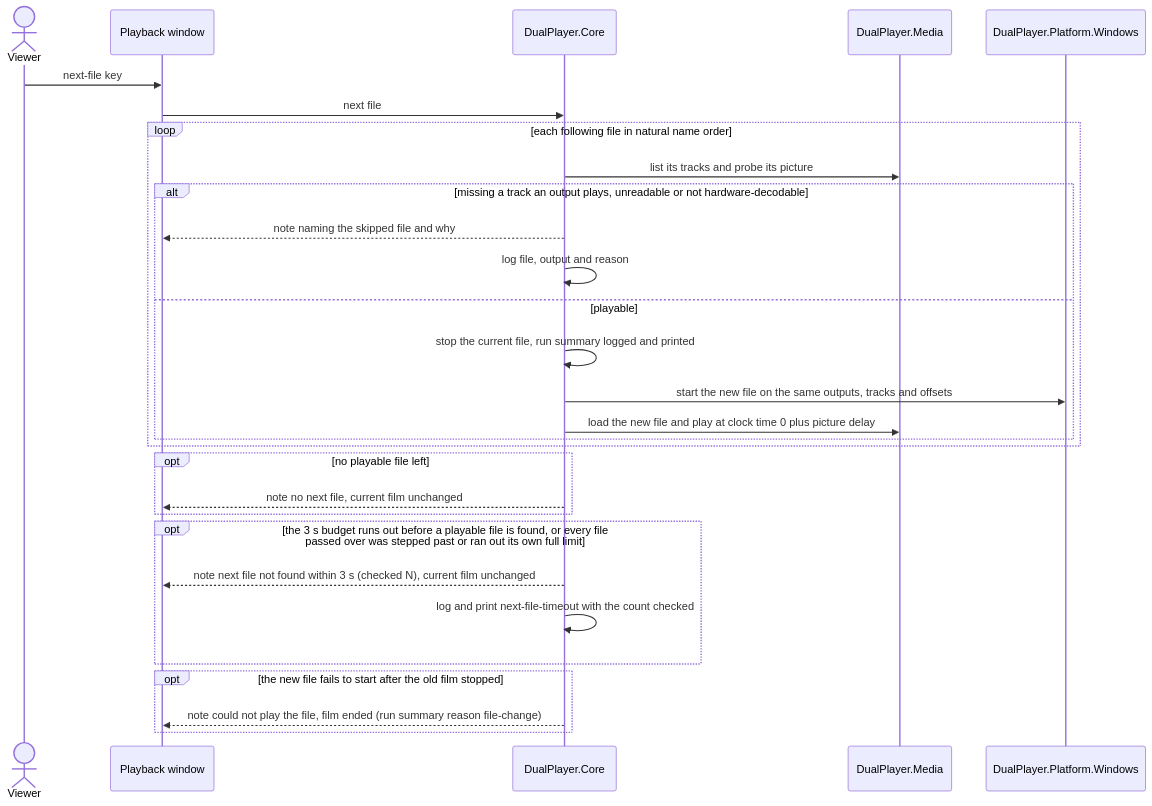
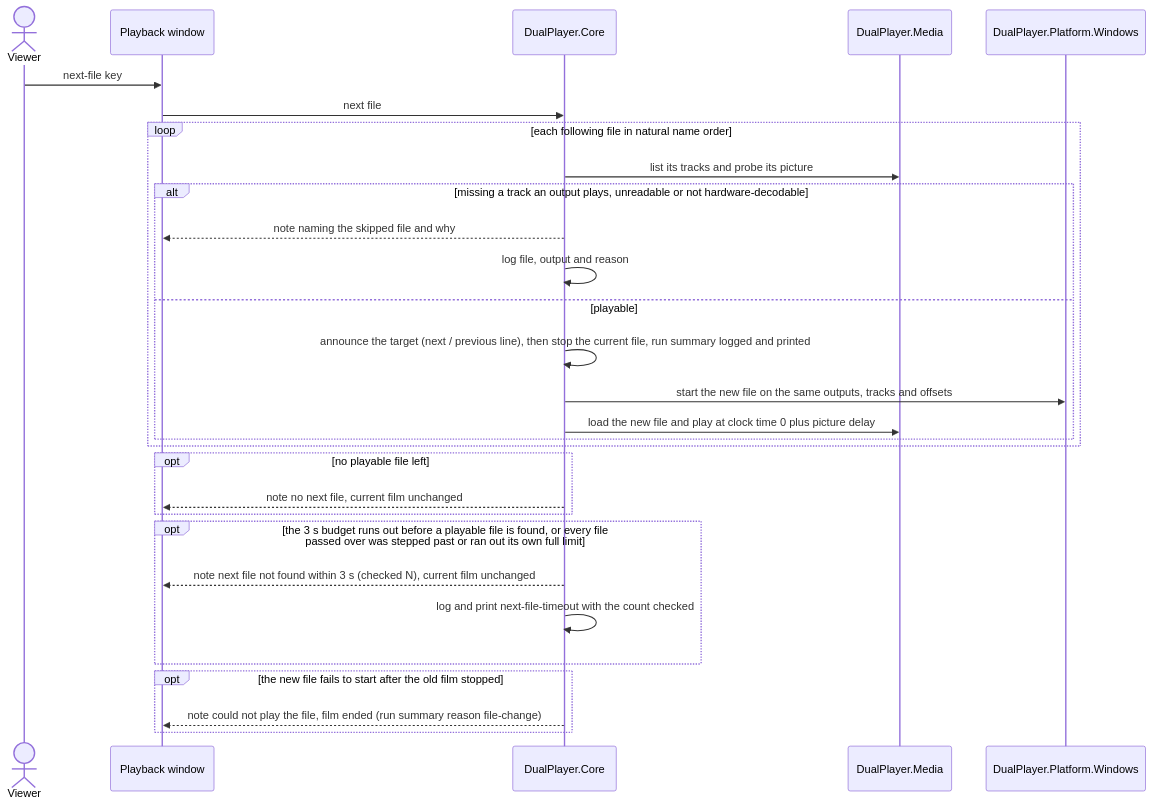
Before and after one commit to PulsarV/DualPlayer: the fifth of 11 diagrams in docs/features/lip-synced-video/sad.md, drawn with Mermaid. The commit also changed other lines of this file and 12 other files, not shown here.

First line of the commit message:
implement: lip-synced-video T131 Bring screens, ux-flows, sad, cli.md, spec, test-plan and the task trace in step with the start failures, the Esc-during-start path and the cut-probe rule

````diff
--- a/docs/features/lip-synced-video/sad.md
+++ b/docs/features/lip-synced-video/sad.md
@@ -300,31 +300,31 @@
 ```mermaid
 sequenceDiagram
     actor Viewer
     participant Window as Playback window
     participant Core as DualPlayer.Core
     participant Media as DualPlayer.Media
     participant Platform as DualPlayer.Platform.Windows
     Viewer->>Window: next-file key
     Window->>Core: next file
     loop each following file in natural name order
         Core->>Media: list its tracks and probe its picture
         alt missing a track an output plays, unreadable or not hardware-decodable
             Core-->>Window: note naming the skipped file and why
             Core->>Core: log file, output and reason
         else playable
-            Core->>Core: stop the current file, run summary logged and printed
+            Core->>Core: announce the target (next / previous line), then stop the current file, run summary logged and printed
             Core->>Platform: start the new file on the same outputs, tracks and offsets
             Core->>Media: load the new file and play at clock time 0 plus picture delay
         end
     end
     opt no playable file left
         Core-->>Window: note no next file, current film unchanged
     end
     opt the 3 s budget runs out before a playable file is found, or every file passed over was stepped past or ran out its own full limit
         Core-->>Window: note next file not found within 3 s (checked N), current film unchanged
         Core->>Core: log and print next-file-timeout with the count checked
     end
     opt the new file fails to start after the old film stopped
         Core-->>Window: note could not play the file, film ended (run summary reason file-change)
     end
 ```
````
